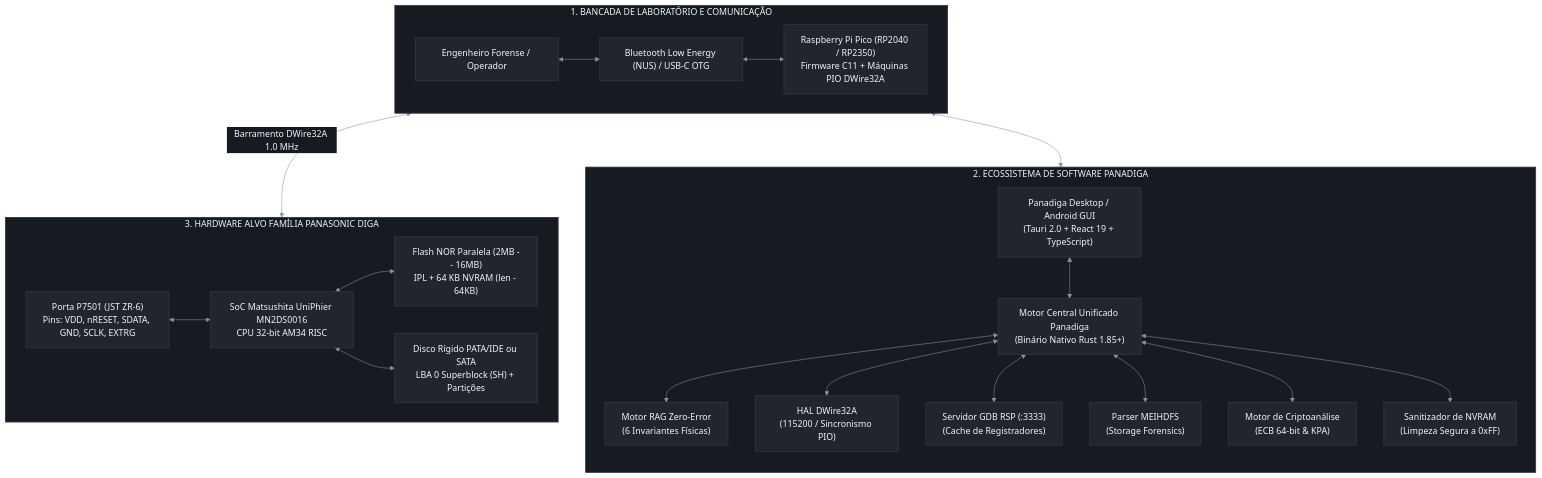
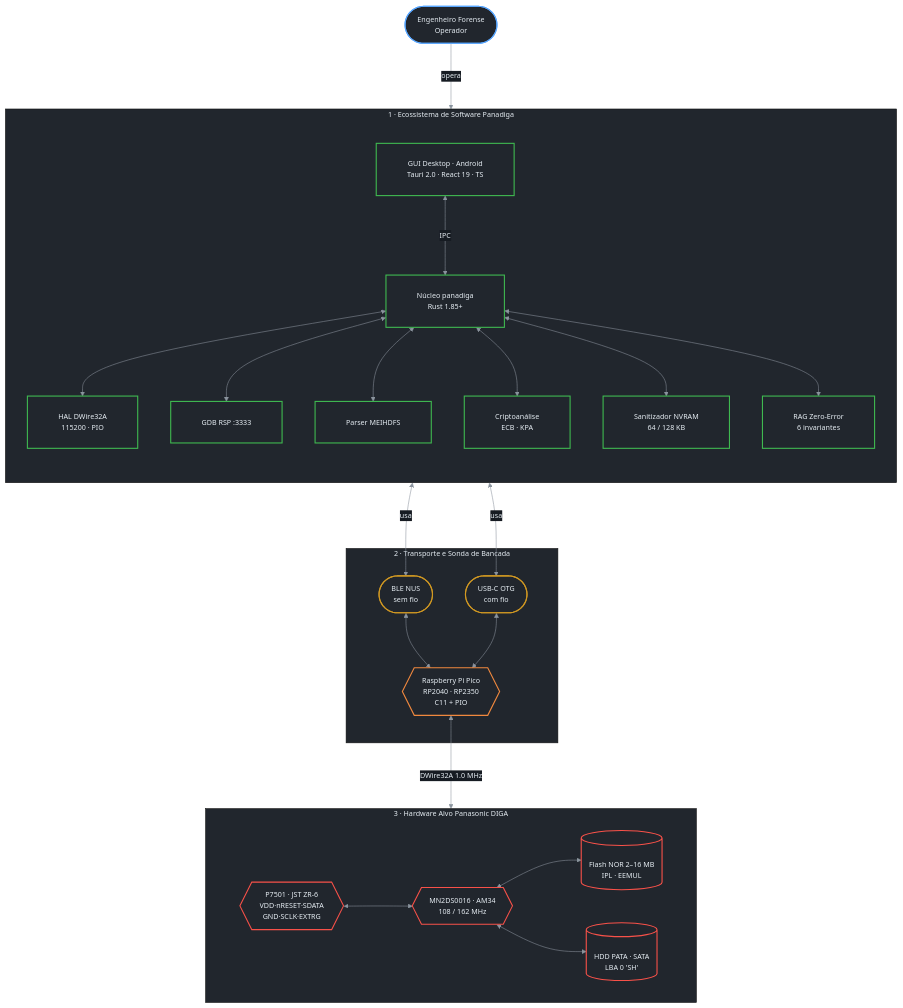
One commit to danielchrono/Panadiga changed the diagram in README.pt-BR.md. Above: the diagram before and after it, drawn with Mermaid. The commit also changed other lines of this file and 2 other files, not shown here.

Commit message:
docs: update system architecture diagrams and image paths in READMEs and add schematic generator tool

````diff
--- a/README.pt-BR.md
+++ b/README.pt-BR.md
@@ -46,69 +45,62 @@
 ```mermaid
-%%{init: {
-  'theme': 'base',
-  'themeVariables': {
-    'background': '#161b22',
-    'primaryColor': '#21262d',
-    'primaryTextColor': '#f0f6fc',
-    'primaryBorderColor': '#30363d',
-    'lineColor': '#8b949e',
-    'secondaryColor': '#21262d',
-    'tertiaryColor': '#21262d',
-    'clusterBkg': '#161b22',
-    'clusterBorder': '#30363d',
-    'defaultLinkColor': '#8b949e',
-    'titleColor': '#f0f6fc',
-    'edgeLabelBackground': '#161b22'
-  }
-}}%%
+%%{init: {'theme':'base','themeCSS':'.cluster rect { stroke: transparent !important; fill: transparent !important; }','themeVariables':{'fontFamily':'ui-monospace, SFMono-Regular, Menlo, monospace','fontSize':'13px','background':'#161b22','primaryColor':'#21262d','primaryTextColor':'#e6edf3','primaryBorderColor':'#484f58','lineColor':'#8b949e','secondaryColor':'#21262d','tertiaryColor':'#21262d','edgeLabelBackground':'#161b22','titleColor':'#e6edf3'},'flowchart':{'nodeSpacing':60,'rankSpacing':100,'curve':'basis','padding':28}}}%%
 flowchart TD
-    subgraph LAB_BENCH["1. BANCADA DE LABORATÓRIO E COMUNICAÇÃO"]
-        direction LR
-        USER["Engenheiro Forense / Operador"]
-        BLE["Bluetooth Low Energy (NUS) / USB-C OTG"]
-        PICO["Raspberry Pi Pico (RP2040 / RP2350)<br/>Firmware C11 + Máquinas PIO DWire32A"]
-        USER <--> BLE <--> PICO
-    end
+    USER(["Engenheiro Forense<br/>Operador"])
 
-    subgraph SOFTWARE_SUITE["2. ECOSSISTEMA DE SOFTWARE PANADIGA"]
+    subgraph SOFTWARE_SUITE["1 · Ecossistema de Software Panadiga"]
         direction TB
-        GUI["Panadiga Desktop / Android GUI<br/>(Tauri 2.0 + React 19 + TypeScript)"]
-        CLI["Motor Central Unificado Panadiga<br/>(Binário Nativo Rust 1.85+)"]
-        GUI <--> CLI
+        GUI["GUI Desktop · Android<br/>Tauri 2.0 · React 19 · TS"]
+        CLI["Núcleo panadiga<br/>Rust 1.85+"]
+        GUI <--> |"IPC"| CLI
 
-        RAG["Motor RAG Zero-Error<br/>(6 Invariantes Físicas)"]
-        DW_HAL["HAL DWire32A<br/>(115200 / Sincronismo PIO)"]
-        GDB_SRV["Servidor GDB RSP (:3333)<br/>(Cache de Registradores)"]
-        MEIHDFS["Parser MEIHDFS<br/>(Storage Forensics)"]
-        CRYPTO["Motor de Criptoanálise<br/>(ECB 64-bit & KPA)"]
-        NVRAM["Sanitizador de NVRAM<br/>(Limpeza Segura a 0xFF)"]
+        DW_HAL["HAL DWire32A<br/>115200 · PIO"]
+        GDB_SRV["GDB RSP :3333"]
+        MEIHDFS["Parser MEIHDFS"]
+        CRYPTO["Criptoanálise<br/>ECB · KPA"]
+        NVRAM["Sanitizador NVRAM<br/>64 / 128 KB"]
+        RAG["RAG Zero-Error<br/>6 invariantes"]
 
-        CLI <--> RAG
         CLI <--> DW_HAL
         CLI <--> GDB_SRV
         CLI <--> MEIHDFS
         CLI <--> CRYPTO
         CLI <--> NVRAM
+        CLI <--> RAG
     end
 
-    subgraph TARGET_HARDWARE["3. HARDWARE ALVO FAMÍLIA PANASONIC DIGA"]
+    subgraph LAB_BENCH["2 · Transporte e Sonda de Bancada"]
+        BLE(["BLE NUS<br/>sem fio"])
+        USB(["USB-C OTG<br/>com fio"])
+        PICO{{"Raspberry Pi Pico<br/>RP2040 · RP2350<br/>C11 + PIO"}}
+        BLE <--> PICO
+        USB <--> PICO
+    end
+
+    subgraph TARGET_HARDWARE["3 · Hardware Alvo Panasonic DIGA"]
         direction LR
-        P7501["Porta P7501 (JST ZR-6)<br/>Pins: VDD, nRESET, SDATA, GND, SCLK, EXTRG"]
-        AM34["SoC Matsushita UniPhier MN2DS0016<br/>CPU 32-bit AM34 RISC"]
-        FLASH["Flash NOR Paralela (2MB -- 16MB)<br/>IPL + 64 KB NVRAM (len - 64KB)"]
-        HDD["Disco Rígido PATA/IDE ou SATA<br/>LBA 0 Superblock (SH) + Partições"]
+        P7501{{"P7501 · JST ZR-6<br/>VDD·nRESET·SDATA<br/>GND·SCLK·EXTRG"}}
+        AM34{{"MN2DS0016 · AM34<br/>108 / 162 MHz"}}
+        FLASH[("Flash NOR 2–16 MB<br/>IPL · EEMUL")]
+        HDD[("HDD PATA · SATA<br/>LBA 0 'SH'")]
         P7501 <--> AM34
         AM34 <--> FLASH
         AM34 <--> HDD
     end
 
-    PICO <-->|"Barramento DWire32A 1.0 MHz"| P7501
-    BLE <--> GUI
+    USER --> |"opera"| GUI
+    GUI <--> |"usa"| BLE
+    GUI <--> |"usa"| USB
+    PICO <--> |"DWire32A 1.0 MHz"| P7501
 
-    style LAB_BENCH fill:#161b22,stroke:#30363d,stroke-width:1.5px,color:#f0f6fc
-    style SOFTWARE_SUITE fill:#161b22,stroke:#30363d,stroke-width:1.5px,color:#f0f6fc
-    style TARGET_HARDWARE fill:#161b22,stroke:#30363d,stroke-width:1.5px,color:#f0f6fc
+    classDef lab       fill:#21262d,stroke:#58a6ff,color:#e6edf3,stroke-width:2px
+    classDef transport fill:#21262d,stroke:#d29922,color:#e6edf3,stroke-width:2px
+    classDef probe     fill:#21262d,stroke:#f0883e,color:#e6edf3,stroke-width:2px
+    classDef sw        fill:#21262d,stroke:#3fb950,color:#e6edf3,stroke-width:2px
+    classDef tgt       fill:#21262d,stroke:#f85149,color:#e6edf3,stroke-width:2px
 
-    classDef greyBox fill:#21262d,stroke:#30363d,color:#f0f6fc,stroke-width:1.5px;
-    class USER,BLE,PICO,GUI,CLI,RAG,DW_HAL,GDB_SRV,MEIHDFS,CRYPTO,NVRAM,P7501,AM34,FLASH,HDD greyBox;
+    class USER lab
+    class GUI,CLI,DW_HAL,GDB_SRV,MEIHDFS,CRYPTO,NVRAM,RAG sw
+    class BLE,USB transport
+    class PICO probe
+    class P7501,AM34,FLASH,HDD tgt
 ```
````
